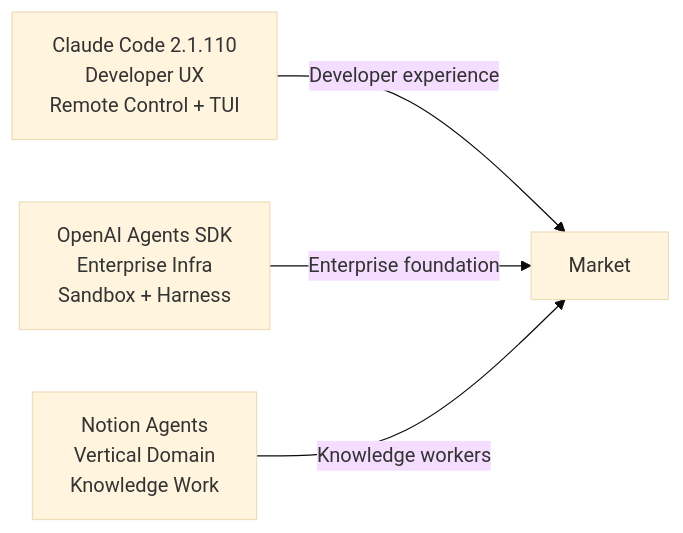
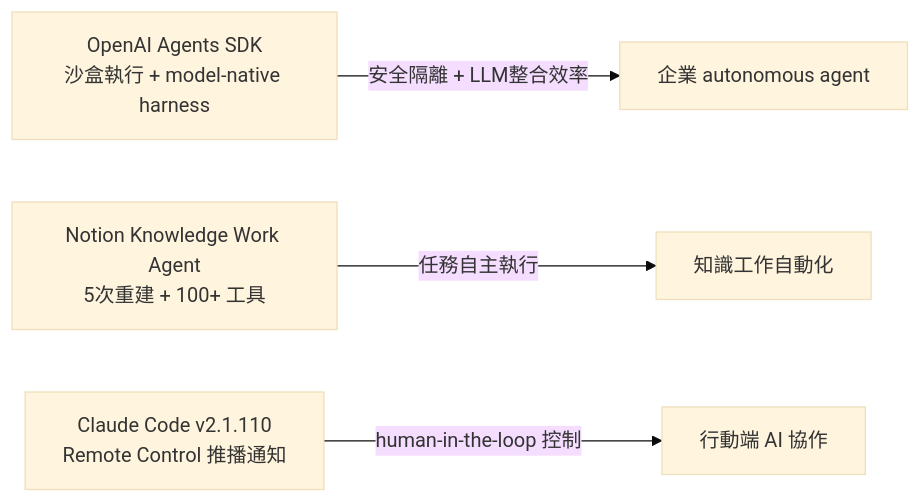
The diagram in 20-daily/2026-04-15.md (nick-xrex/ai-daily-content), drawn with Mermaid (base theme) before and after one commit. The commit also changed other lines of this file and 278 other files, not shown here.

````diff
--- a/20-daily/2026-04-15.md
+++ b/20-daily/2026-04-15.md
@@ -49,10 +53,6 @@
 ```mermaid
 flowchart LR
-    CC["Claude Code 2.1.110<br/>Developer UX<br/>Remote Control + TUI"]
-    OA["OpenAI Agents SDK<br/>Enterprise Infra<br/>Sandbox + Harness"]
-    NM["Notion Agents<br/>Vertical Domain<br/>Knowledge Work"]
-    
-    CC -->|Developer experience| Market
-    OA -->|Enterprise foundation| Market
-    NM -->|Knowledge workers| Market
+    OAI["OpenAI Agents SDK\n沙盒執行 + model-native harness"] -->|安全隔離 + LLM整合效率| E1["企業 autonomous agent"]
+    Notion["Notion Knowledge Work Agent\n5次重建 + 100+ 工具"] -->|任務自主執行| E2["知識工作自動化"]
+    CC["Claude Code v2.1.110\nRemote Control 推播通知"] -->|human-in-the-loop 控制| E3["行動端 AI 協作"]
 ```
````
